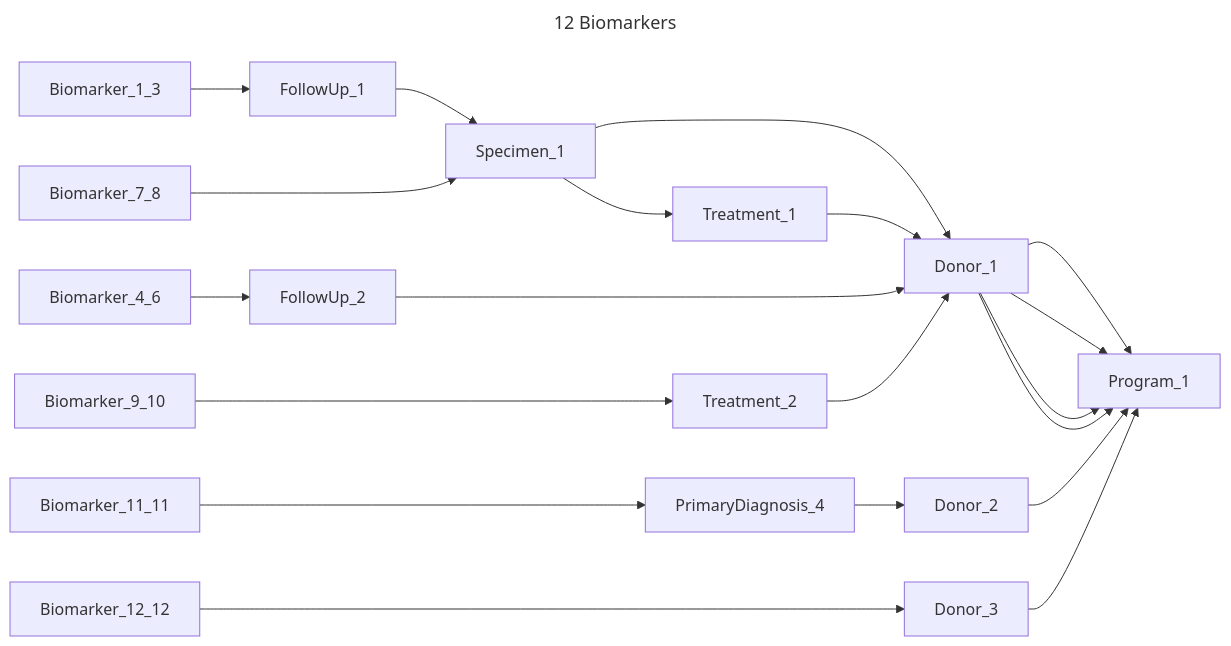
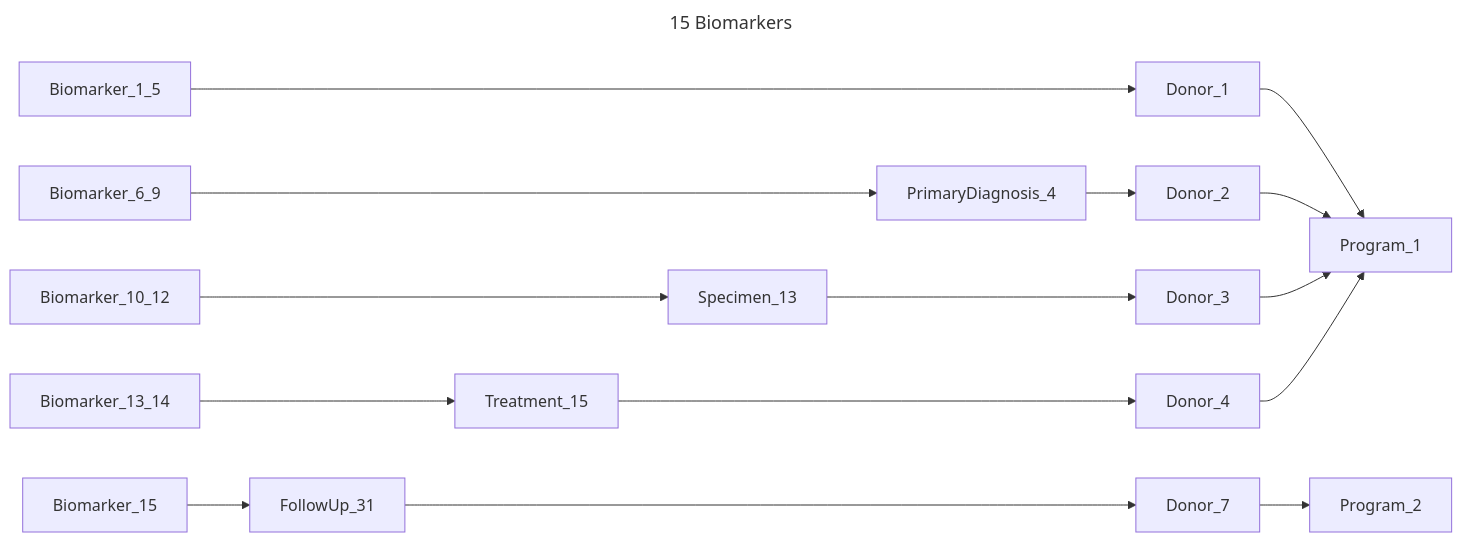
Diagram 12 of 14 in chord_metadata_service/mohpackets/data/small_dataset/README.md (bento-platform/katsu), drawn with Mermaid before and after one commit. The commit also changed other lines of this file, not shown here.

````diff
--- a/chord_metadata_service/mohpackets/data/small_dataset/README.md
+++ b/chord_metadata_service/mohpackets/data/small_dataset/README.md
@@ -168,12 +181,11 @@
 ```mermaid
 ---
-title: 12 Biomarkers
+title: 15 Biomarkers
 ---
 graph LR;  
-  Biomarker_1_3 --> FollowUp_1 --> Specimen_1 --> Donor_1 --> Program_1;
-  Biomarker_4_6 --> FollowUp_2 ----> Donor_1 --> Program_1;
-  Biomarker_7_8 ---> Specimen_1 --> Treatment_1 --> Donor_1 --> Program_1;
-  Biomarker_9_10 ----> Treatment_2 --> Donor_1 --> Program_1;
-  Biomarker_11_11 ----> PrimaryDiagnosis_4 --> Donor_2 --> Program_1;
-  Biomarker_12_12 -----> Donor_3 --> Program_1;
+  Biomarker_1_5 ------> Donor_1 --> Program_1;
+  Biomarker_6_9 -----> PrimaryDiagnosis_4 --> Donor_2 --> Program_1;
+  Biomarker_10_12 ----> Specimen_13 ---> Donor_3 --> Program_1;
+  Biomarker_13_14 ---> Treatment_15 ----> Donor_4 --> Program_1;
+  Biomarker_15 --> FollowUp_31 -----> Donor_7 --> Program_2;
 ```
````
